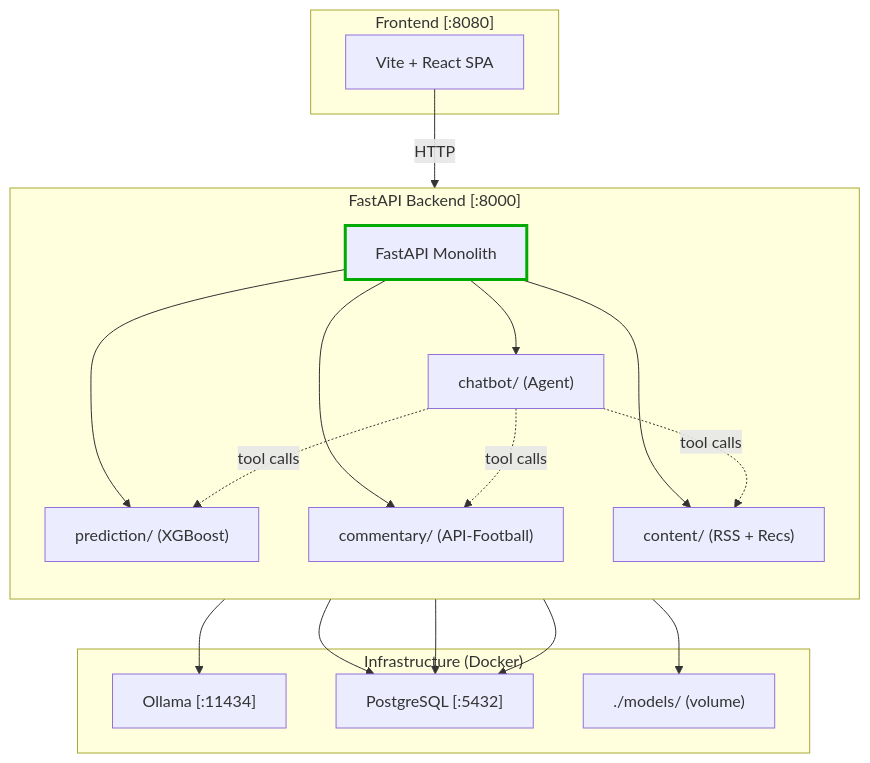
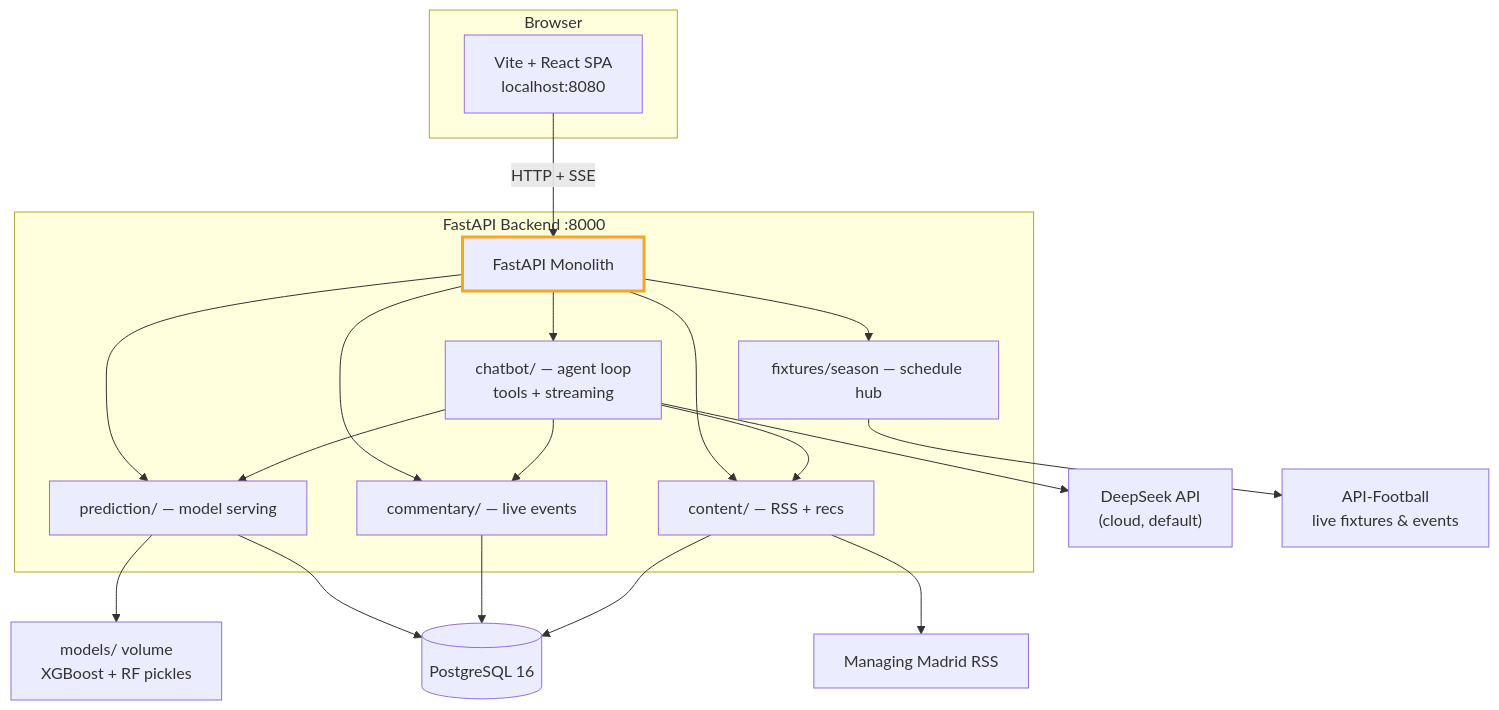
One commit to Caephas/Real_Madrid_AI_Platform changed the first of 2 diagrams in README.md. Above: the diagram before and after it, drawn with Mermaid. The commit also changed other lines of this file and 52 other files, not shown here.

````diff
--- a/README.md
+++ b/README.md
@@ -7,37 +28,32 @@
 ```mermaid
-graph TB
-    subgraph "Frontend [:8080]"
-        FE["Vite + React SPA"]
+flowchart TB
+    subgraph Browser["Browser"]
+        FE["Vite + React SPA<br/>localhost:8080"]
     end
 
-    subgraph "FastAPI Backend [:8000]"
-        direction TB
+    subgraph Backend["FastAPI Backend :8000"]
         APP["FastAPI Monolith"]
-        M1["chatbot/ (Agent)"]
-        M2["prediction/ (XGBoost)"]
-        M3["commentary/ (API-Football)"]
-        M4["content/ (RSS + Recs)"]
-        APP --> M1
-        APP --> M2
-        APP --> M3
-        APP --> M4
+        CHAT["chatbot/ — agent loop<br/>tools + streaming"]
+        PRED["prediction/ — model serving"]
+        COMM["commentary/ — live events"]
+        CONT["content/ — RSS + recs"]
+        FIX["fixtures/season — schedule hub"]
+        APP --> CHAT & PRED & COMM & CONT & FIX
     end
 
-    subgraph "Infrastructure (Docker)"
-        OLL["Ollama [:11434]"]
-        PG["PostgreSQL [:5432]"]
-        VOL["./models/ (volume)"]
-    end
+    LLM["DeepSeek API<br/>(cloud, default)"]
+    DB[("PostgreSQL 16")]
+    MODEL["models/ volume<br/>XGBoost + RF pickles"]
+    API_FB["API-Football<br/>live fixtures & events"]
+    RSS["Managing Madrid RSS"]
 
-    FE -->|HTTP| APP
-    M1 --> OLL
-    M1 -.->|tool calls| M2
-    M1 -.->|tool calls| M3
-    M1 -.->|tool calls| M4
-    M2 --> VOL
-    M2 --> PG
-    M3 --> PG
-    M4 --> PG
+    FE -->|HTTP + SSE| APP
+    CHAT --> LLM
+    CHAT --> PRED & COMM & CONT
+    PRED --> MODEL
+    PRED & COMM & CONT --> DB
+    FIX --> API_FB
+    CONT --> RSS
 
-    style APP stroke:#0a0,stroke-width:3px
+    style APP stroke:#f5a623,stroke-width:3px
 ```
````
